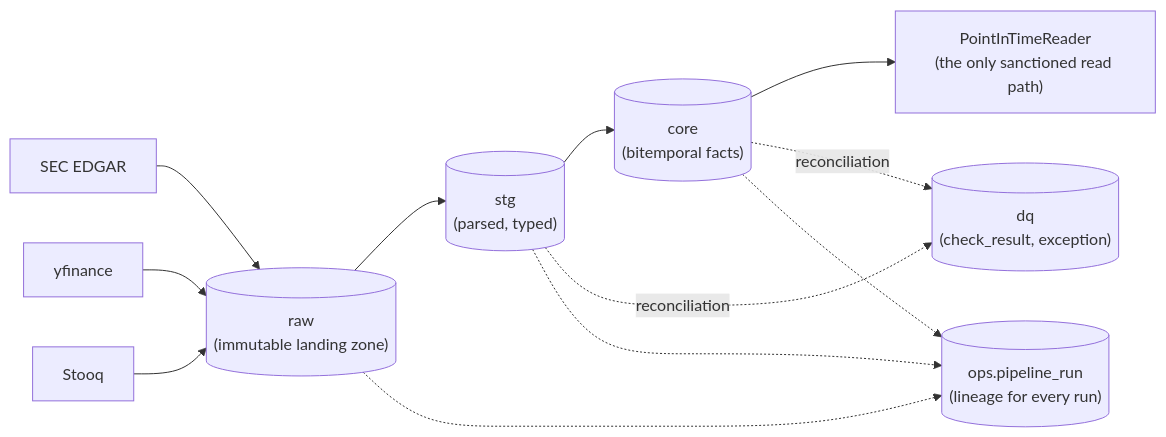
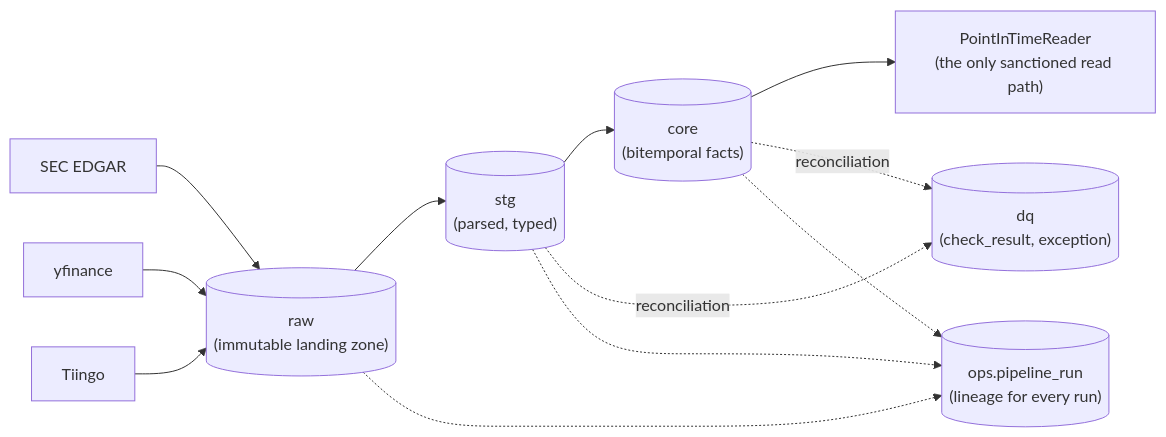
The diagram in README.md (winstongarth/point-in-time-datawarehouse), drawn with Mermaid before and after one commit. The commit also changed other lines of this file and 10 other files, not shown here.

````diff
--- a/README.md
+++ b/README.md
@@ -90,17 +96,17 @@
 ```mermaid
 flowchart LR
     EDGAR[SEC EDGAR] --> RAW
     YF[yfinance] --> RAW
-    STQ[Stooq] --> RAW
+    TIINGO[Tiingo] --> RAW
 
     RAW[("raw\n(immutable landing zone)")] --> STG[("stg\n(parsed, typed)")]
     STG --> CORE[("core\n(bitemporal facts)")]
 
     CORE --> PITR["PointInTimeReader\n(the only sanctioned read path)"]
     STG -.->|reconciliation| DQ[("dq\n(check_result, exception)")]
     CORE -.->|reconciliation| DQ
 
     RAW -.-> OPS[("ops.pipeline_run\n(lineage for every run)")]
     STG -.-> OPS
     CORE -.-> OPS
 ```
````
